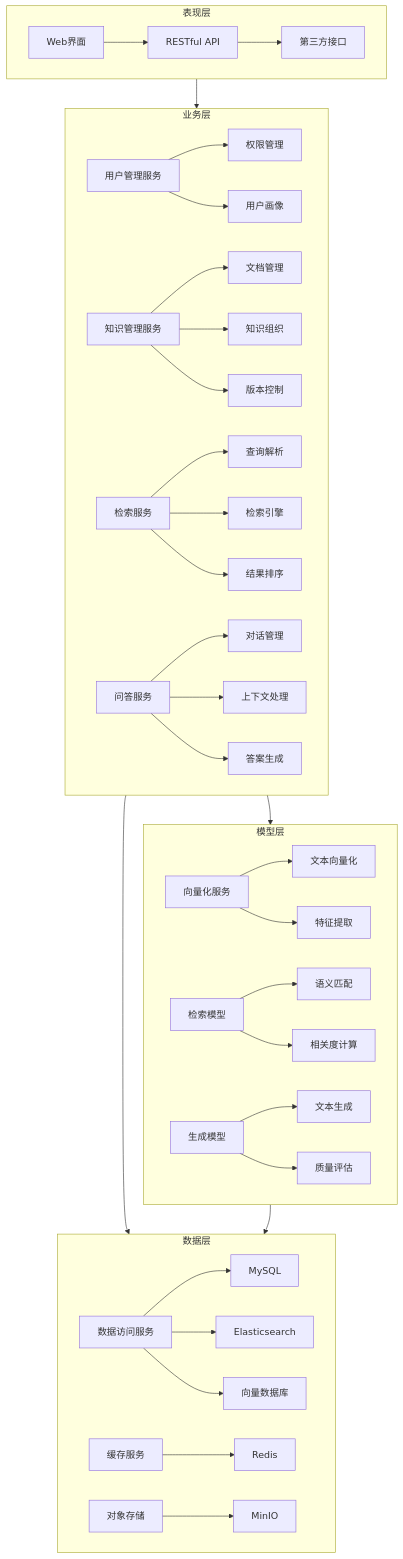
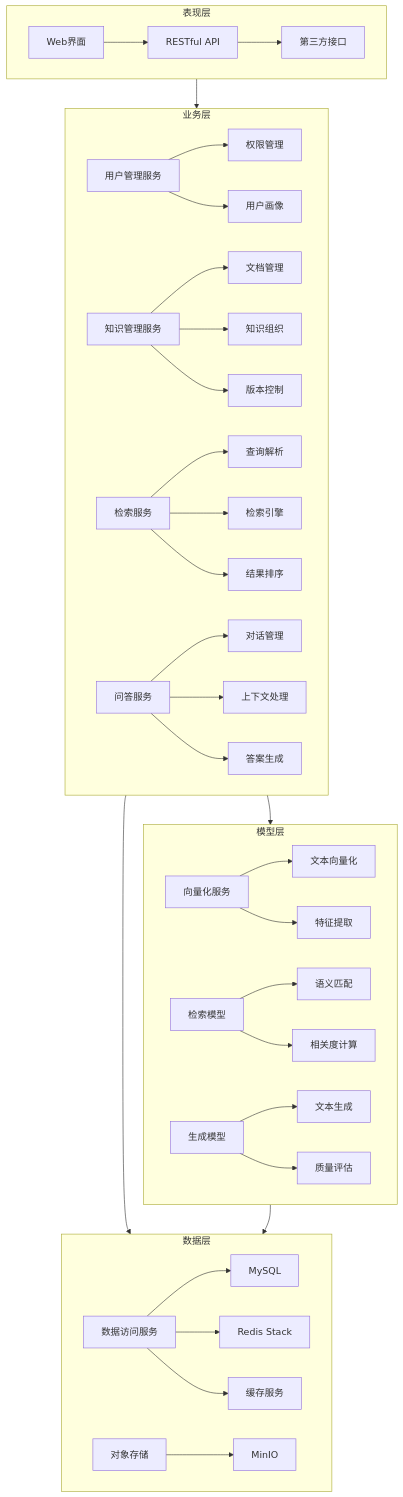
Before and after one commit to xmx0632/aiKnowledgeBase: the fifth of 5 diagrams in doc/架构设计.md, drawn with Mermaid. The commit also changed other lines of this file and 19 other files, not shown here.

````diff
--- a/doc/架构设计.md
+++ b/doc/架构设计.md
@@ -195,50 +209,48 @@
 ```mermaid
 graph TB
     subgraph 表现层
         A1[Web界面] --> A2[RESTful API]
         A2 --> A3[第三方接口]
     end
 
     subgraph 业务层
         B1[用户管理服务] --> B2[权限管理]
         B1 --> B3[用户画像]
         
         C1[知识管理服务] --> C2[文档管理]
         C1 --> C3[知识组织]
         C1 --> C4[版本控制]
         
         D1[检索服务] --> D2[查询解析]
         D1 --> D3[检索引擎]
         D1 --> D4[结果排序]
         
         E1[问答服务] --> E2[对话管理]
         E1 --> E3[上下文处理]
         E1 --> E4[答案生成]
     end
 
     subgraph 模型层
         F1[向量化服务] --> F2[文本向量化]
         F1 --> F3[特征提取]
         
         G1[检索模型] --> G2[语义匹配]
         G1 --> G3[相关度计算]
         
         H1[生成模型] --> H2[文本生成]
         H1 --> H3[质量评估]
     end
 
     subgraph 数据层
         I1[数据访问服务] --> I2[MySQL]
-        I1 --> I3[Elasticsearch]
-        I1 --> I4[向量数据库]
+        I1 --> I3[Redis Stack]
+        I1 --> I4[缓存服务]
         
-        J1[缓存服务] --> J2[Redis]
-        
-        K1[对象存储] --> K2[MinIO]
+        J1[对象存储] --> J2[MinIO]
     end
 
     表现层 --> 业务层
     业务层 --> 模型层
     业务层 --> 数据层
     模型层 --> 数据层
 ```
````
